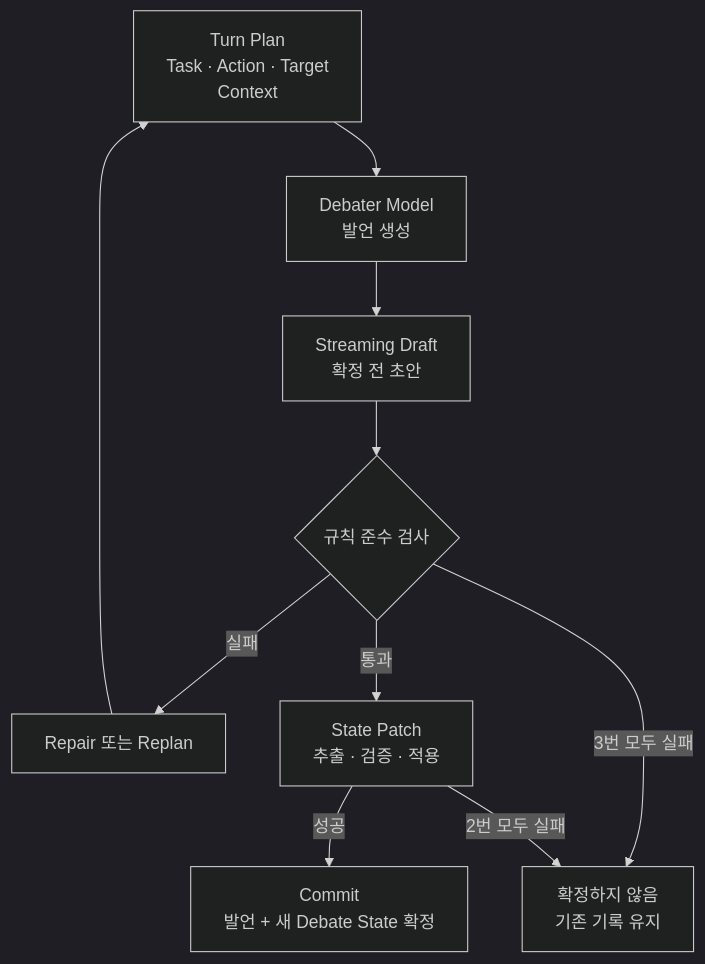
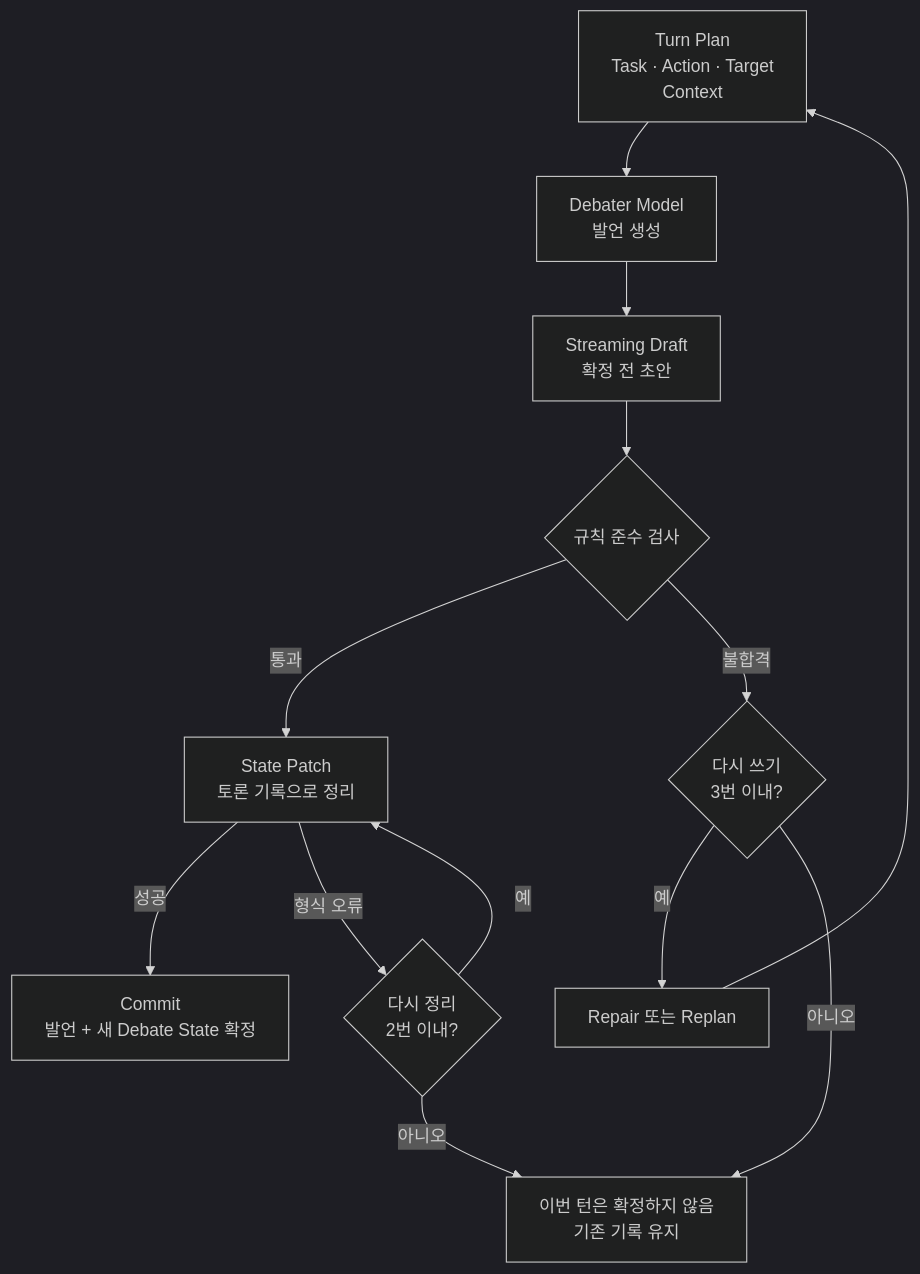
The fifth of 5 diagrams in README.md (hodob/A1-3), drawn with Mermaid (dark theme) before and after one commit. The commit also changed other lines of this file, not shown here.

Commit message:
docs: separate the two retry loops in Figure 5
Draw utterance rewrites (up to 3) and State Patch re-extraction (up
to 2) as distinct decision loops that both end in "not committed",
and add a sentence explaining the two retry points.

```diff
--- a/README.md
+++ b/README.md
@@ -332,20 +332,26 @@
 ~~~mermaid
 flowchart TD
     P[Turn Plan<br/>Task · Action · Target<br/>Context]
     G[Debater Model<br/>발언 생성]
     D[Streaming Draft<br/>확정 전 초안]
     V{규칙 준수 검사}
+    RV{"다시 쓰기<br/>3번 이내?"}
     R[Repair 또는 Replan]
-    S[State Patch<br/>추출 · 검증 · 적용]
+    S[State Patch<br/>토론 기록으로 정리]
+    SV{"다시 정리<br/>2번 이내?"}
     C[Commit<br/>발언 + 새 Debate State 확정]
+    X[이번 턴은 확정하지 않음<br/>기존 기록 유지]
 
     P --> G
     G --> D
     D --> V
-    V -->|실패| R
+    V -->|통과| S
+    V -->|불합격| RV
+    RV -->|예| R
     R --> P
-    V -->|3번 모두 실패| X[확정하지 않음<br/>기존 기록 유지]
-    V -->|통과| S
+    RV -->|아니오| X
     S -->|성공| C
-    S -->|2번 모두 실패| X
+    S -->|형식 오류| SV
+    SV -->|예| S
+    SV -->|아니오| X
 ~~~
```
